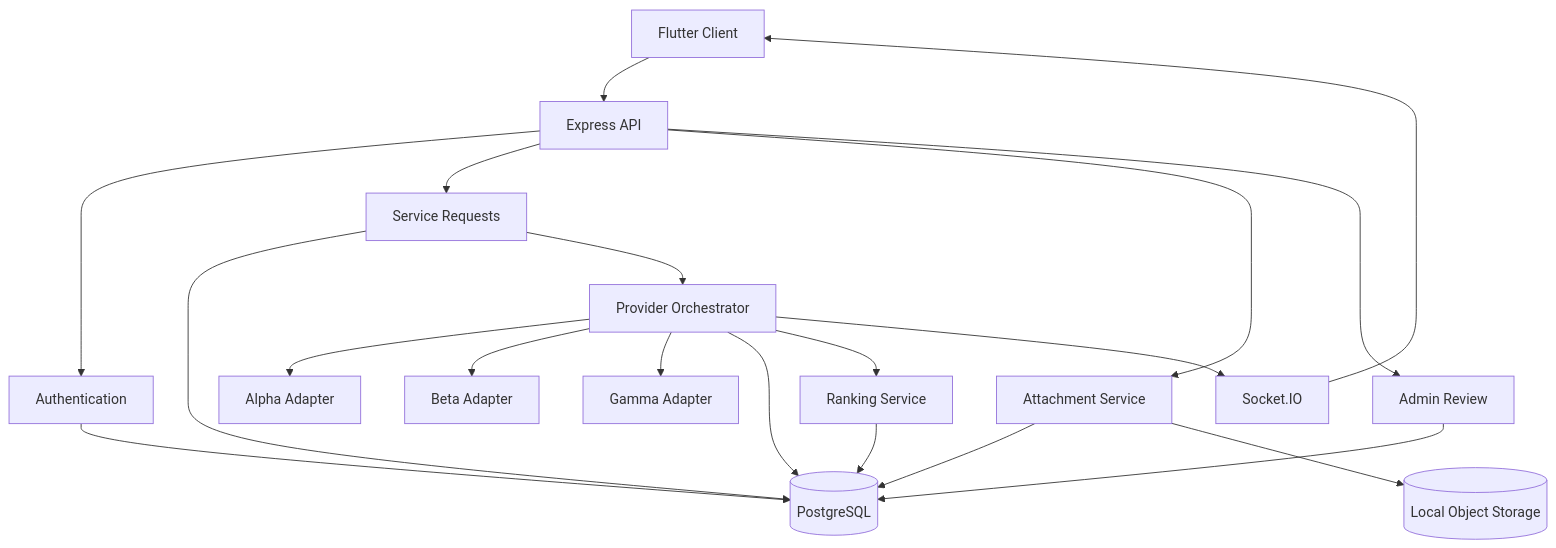
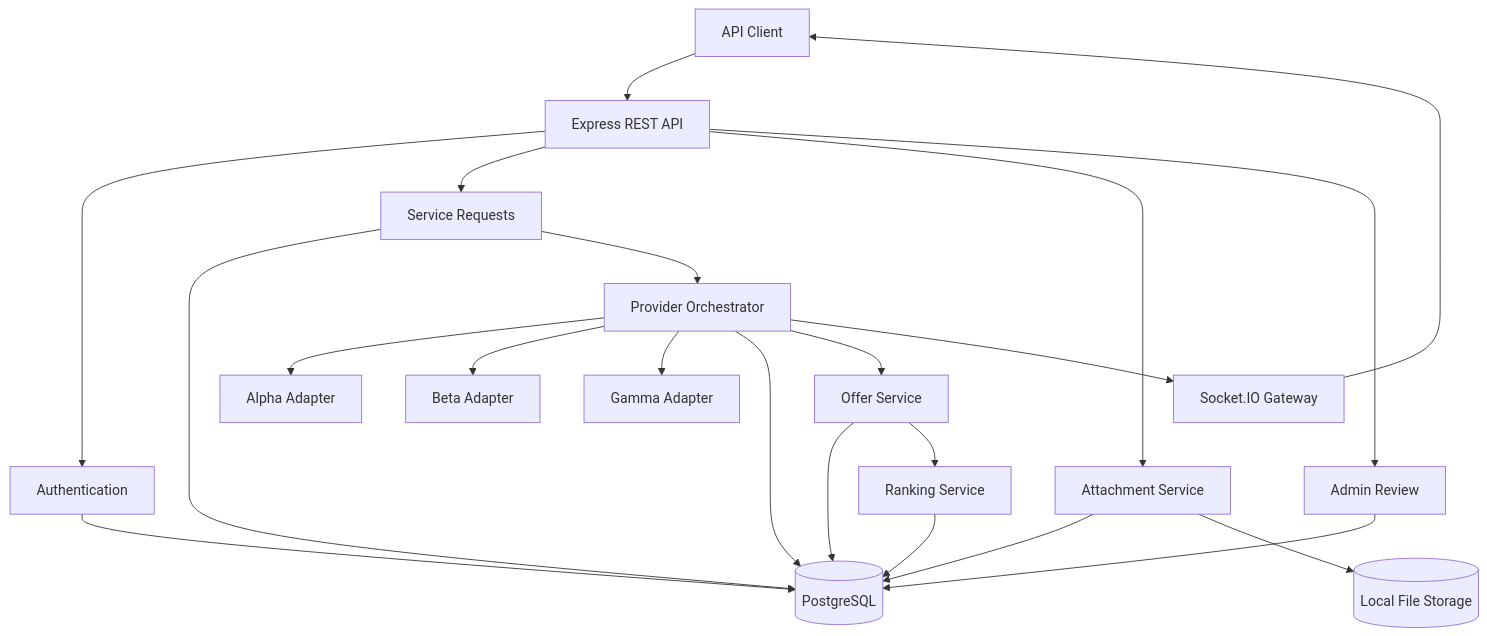
The diagram in README.md (Abitech4IT/relay-backend), drawn with Mermaid before and after one commit. The commit also changed other lines of this file and 17 other files, not shown here.

````diff
--- a/README.md
+++ b/README.md
@@ -3,50 +98,54 @@
 ```mermaid
 flowchart TD
-    Client[Flutter Client]
+    Client[API Client]
 
-    API[Express API]
+    API[Express REST API]
 
     Auth[Authentication]
     Requests[Service Requests]
     Attachments[Attachment Service]
     Providers[Provider Orchestrator]
+    Offers[Offer Service]
     Ranking[Ranking Service]
-    Realtime[Socket.IO]
+    Realtime[Socket.IO Gateway]
     Admin[Admin Review]
 
     DB[(PostgreSQL)]
-    Storage[(Local Object Storage)]
+    Storage[(Local File Storage)]
 
     Alpha[Alpha Adapter]
     Beta[Beta Adapter]
     Gamma[Gamma Adapter]
 
     Client --> API
 
     API --> Auth
     API --> Requests
     API --> Attachments
     API --> Admin
 
     Auth --> DB
     Requests --> DB
 
     Attachments --> DB
     Attachments --> Storage
 
     Requests --> Providers
 
     Providers --> Alpha
     Providers --> Beta
     Providers --> Gamma
 
     Providers --> DB
-    Providers --> Ranking
+    Providers --> Offers
+
+    Offers --> DB
+    Offers --> Ranking
 
     Ranking --> DB
 
     Providers --> Realtime
     Realtime --> Client
 
     Admin --> DB
 ```
````
